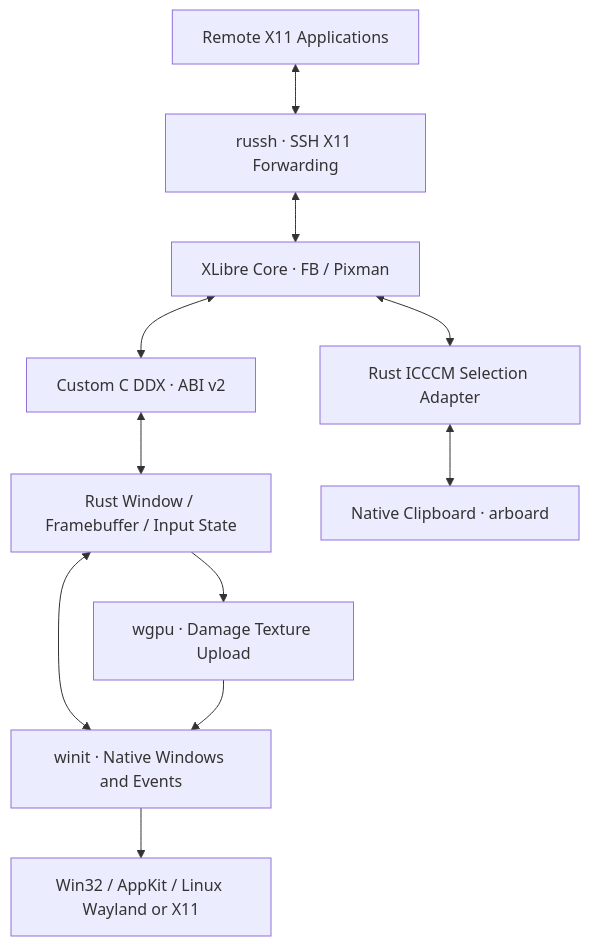
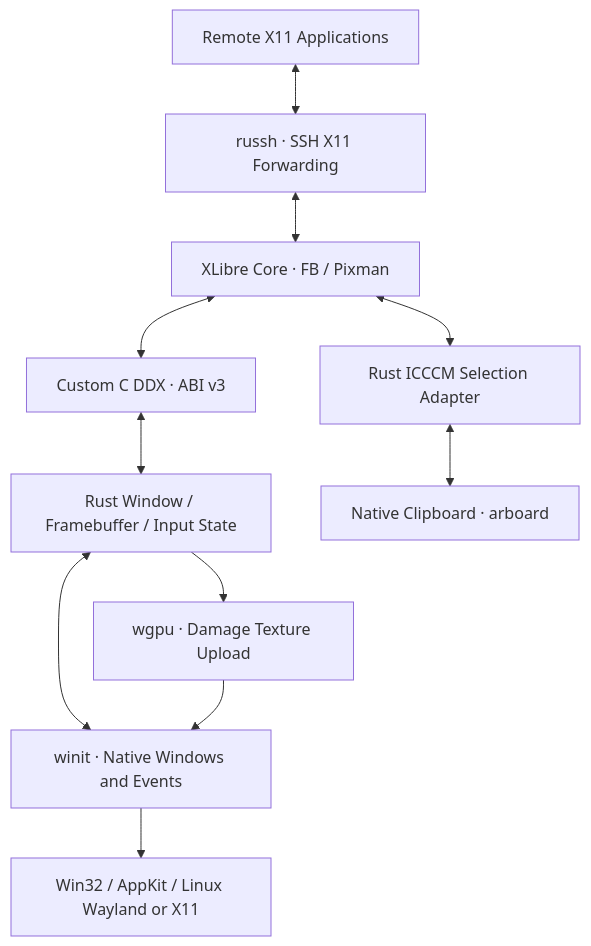
The diagram in docs/architecture.md (zephyraluco/WayX), drawn with Mermaid before and after one commit. The commit also changed other lines of this file and 17 other files, not shown here.

````diff
--- a/docs/architecture.md
+++ b/docs/architecture.md
@@ -3,13 +3,13 @@
 ```mermaid
 flowchart TB
   A[Remote X11 Applications] <--> B[russh · SSH X11 Forwarding]
   B <--> C[XLibre Core · FB / Pixman]
-  C <--> D[Custom C DDX · ABI v2]
+  C <--> D[Custom C DDX · ABI v3]
   D <--> E[Rust Window / Framebuffer / Input State]
   E --> F[wgpu · Damage Texture Upload]
   E <--> G[winit · Native Windows and Events]
   F --> G
   C <--> H[Rust ICCCM Selection Adapter]
   H <--> I[Native Clipboard · arboard]
   G --> J[Win32 / AppKit / Linux Wayland or X11]
 ```
````
